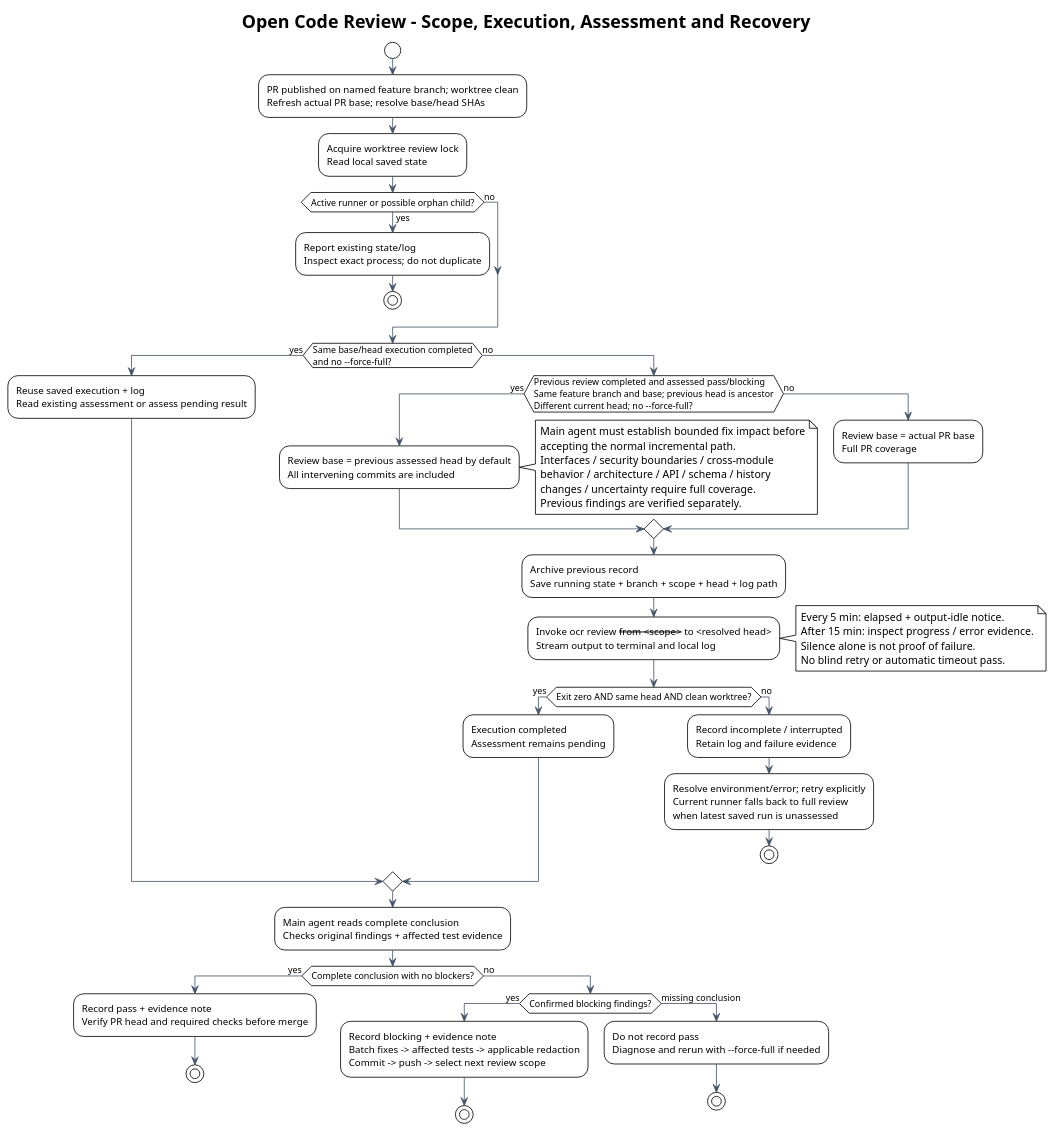
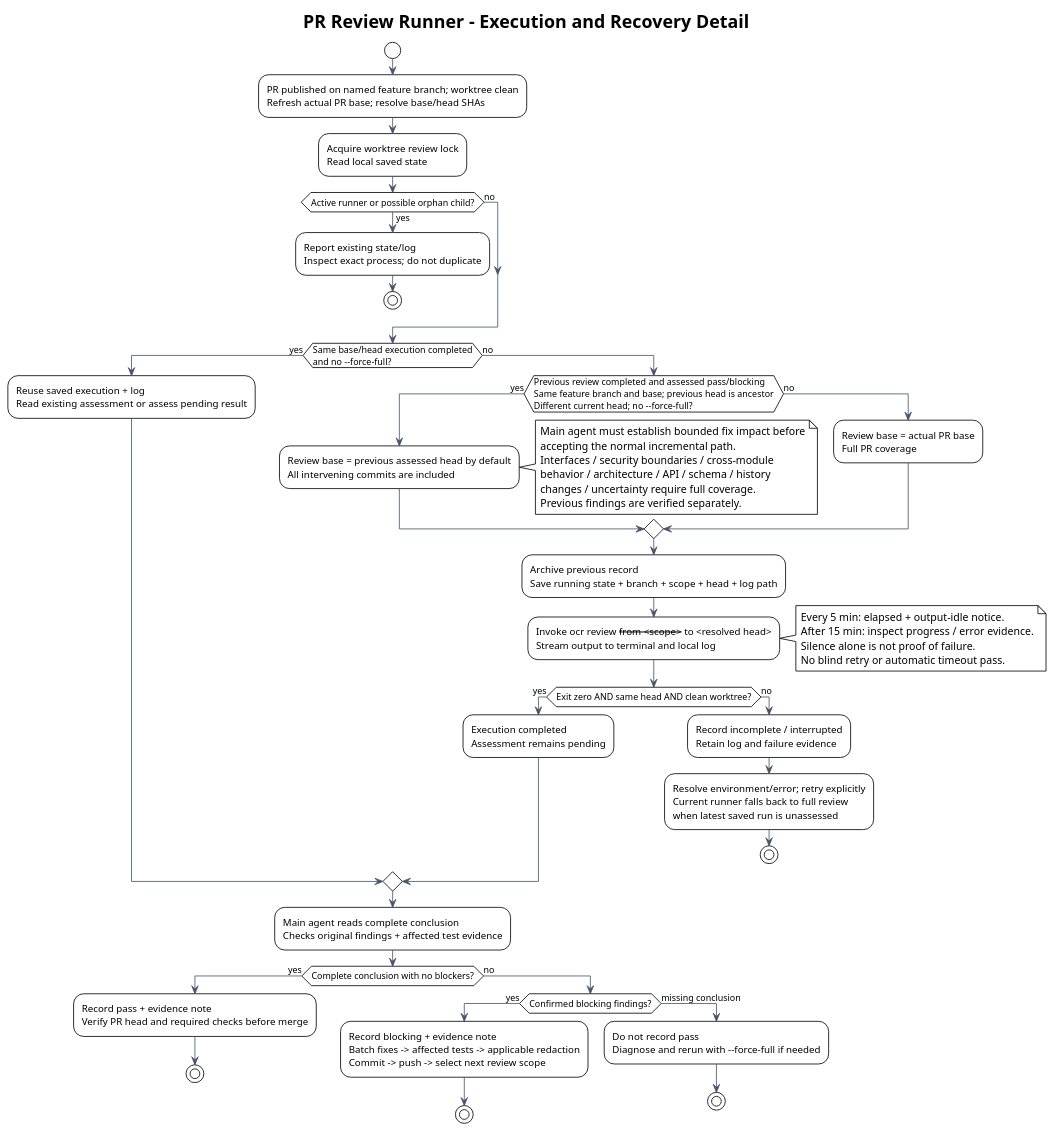
One commit to i-zrhe2016/codex-development-workflow changed the diagram in docs/diagrams/review-execution.puml. Above: the diagram before and after it, drawn with PlantUML. The commit also changed 31 other files, not shown here.

```diff
--- a/docs/diagrams/review-execution.puml
+++ b/docs/diagrams/review-execution.puml
@@ -1,61 +1,61 @@
 @startuml
 !theme plain
 skinparam defaultFontName Arial
 skinparam shadowing false
 skinparam ArrowColor #475569
-title Open Code Review - Scope, Execution, Assessment and Recovery
+title PR Review Runner - Execution and Recovery Detail
 
 start
 :PR published on named feature branch; worktree clean\nRefresh actual PR base; resolve base/head SHAs;
 :Acquire worktree review lock\nRead local saved state;
 if (Active runner or possible orphan child?) then (yes)
   :Report existing state/log\nInspect exact process; do not duplicate;
   stop
 else (no)
 endif
 if (Same base/head execution completed\nand no --force-full?) then (yes)
   :Reuse saved execution + log\nRead existing assessment or assess pending result;
 else (no)
   if (Previous review completed and assessed pass/blocking\nSame feature branch and base; previous head is ancestor\nDifferent current head; no --force-full?) then (yes)
     :Review base = previous assessed head by default\nAll intervening commits are included;
     note right
       Main agent must establish bounded fix impact before
       accepting the normal incremental path.
       Interfaces / security boundaries / cross-module
       behavior / architecture / API / schema / history
       changes / uncertainty require full coverage.
       Previous findings are verified separately.
     end note
   else (no)
     :Review base = actual PR base\nFull PR coverage;
   endif
   :Archive previous record\nSave running state + branch + scope + head + log path;
   :Invoke ocr review --from <scope> --to <resolved head>\nStream output to terminal and local log;
   note right
     Every 5 min: elapsed + output-idle notice.
     After 15 min: inspect progress / error evidence.
     Silence alone is not proof of failure.
     No blind retry or automatic timeout pass.
   end note
   if (Exit zero AND same head AND clean worktree?) then (yes)
     :Execution completed\nAssessment remains pending;
   else (no)
     :Record incomplete / interrupted\nRetain log and failure evidence;
     :Resolve environment/error; retry explicitly\nCurrent runner falls back to full review\nwhen latest saved run is unassessed;
     stop
   endif
 endif
 :Main agent reads complete conclusion\nChecks original findings + affected test evidence;
 if (Complete conclusion with no blockers?) then (yes)
   :Record pass + evidence note\nVerify PR head and required checks before merge;
   stop
 else (no)
   if (Confirmed blocking findings?) then (yes)
     :Record blocking + evidence note\nBatch fixes -> affected tests -> applicable redaction\nCommit -> push -> select next review scope;
     stop
   else (missing conclusion)
     :Do not record pass\nDiagnose and rerun with --force-full if needed;
     stop
   endif
 endif
 @enduml
```
